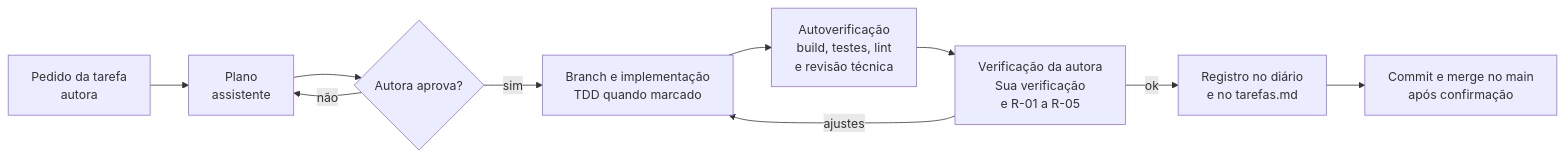
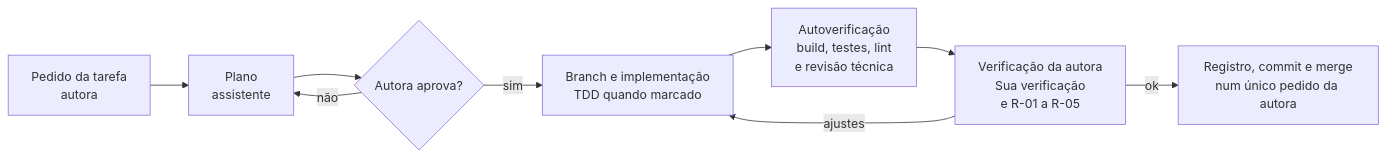
The diagram in docs/tecnico/processo-desenvolvimento.md (priscilabertolazzi/timeline-entregas), drawn with Mermaid before and after one commit. The commit also changed other lines of this file and 3 other files, not shown here.

````diff
--- a/docs/tecnico/processo-desenvolvimento.md
+++ b/docs/tecnico/processo-desenvolvimento.md
@@ -72,12 +72,11 @@
 ```mermaid
 flowchart LR
     A[Pedido da tarefa<br/>autora] --> B[Plano<br/>assistente]
     B --> C{Autora aprova?}
     C -- não --> B
     C -- sim --> D[Branch e implementação<br/>TDD quando marcado]
     D --> E[Autoverificação<br/>build, testes, lint<br/>e revisão técnica]
     E --> F[Verificação da autora<br/>Sua verificação<br/>e R-01 a R-05]
     F -- ajustes --> D
-    F -- ok --> G[Registro no diário<br/>e no tarefas.md]
-    G --> H[Commit e merge no main<br/>após confirmação]
+    F -- ok --> G[Registro, commit e merge<br/>num único pedido da autora]
 ```
````
